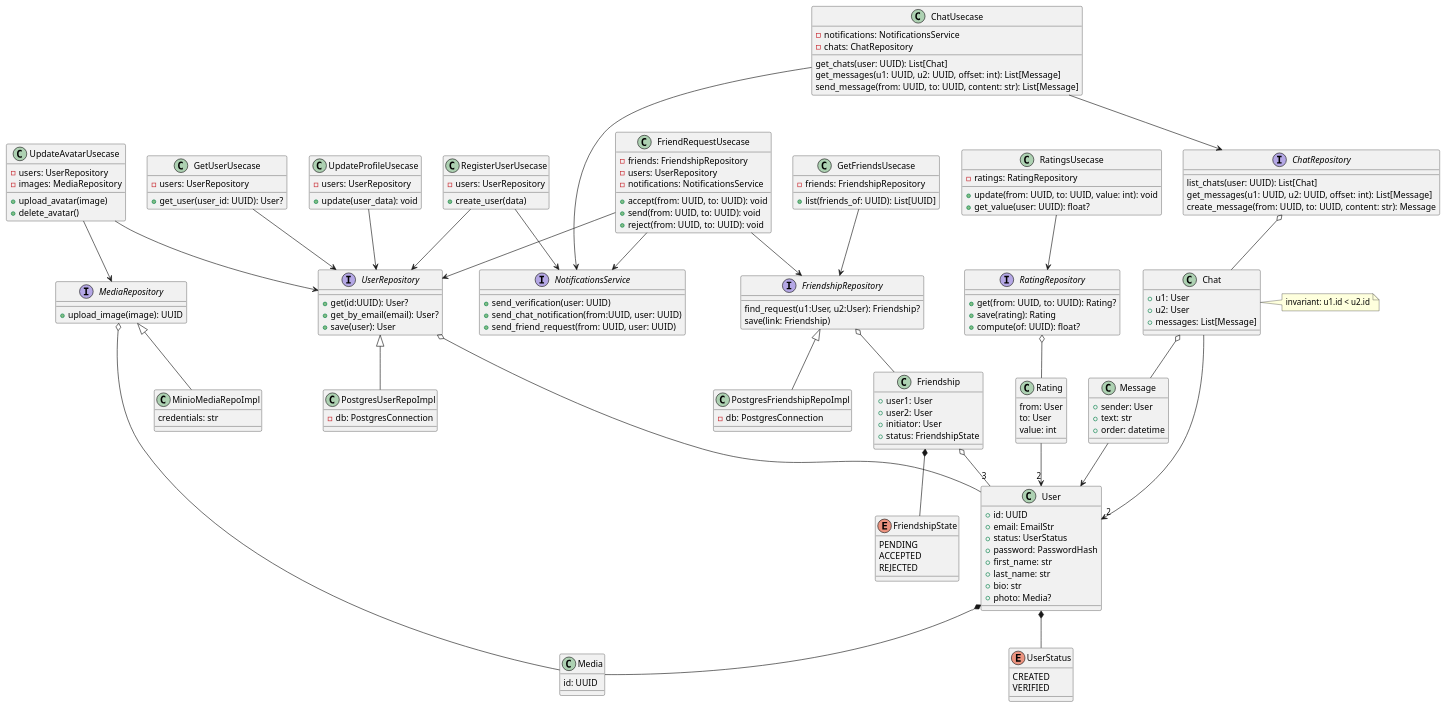
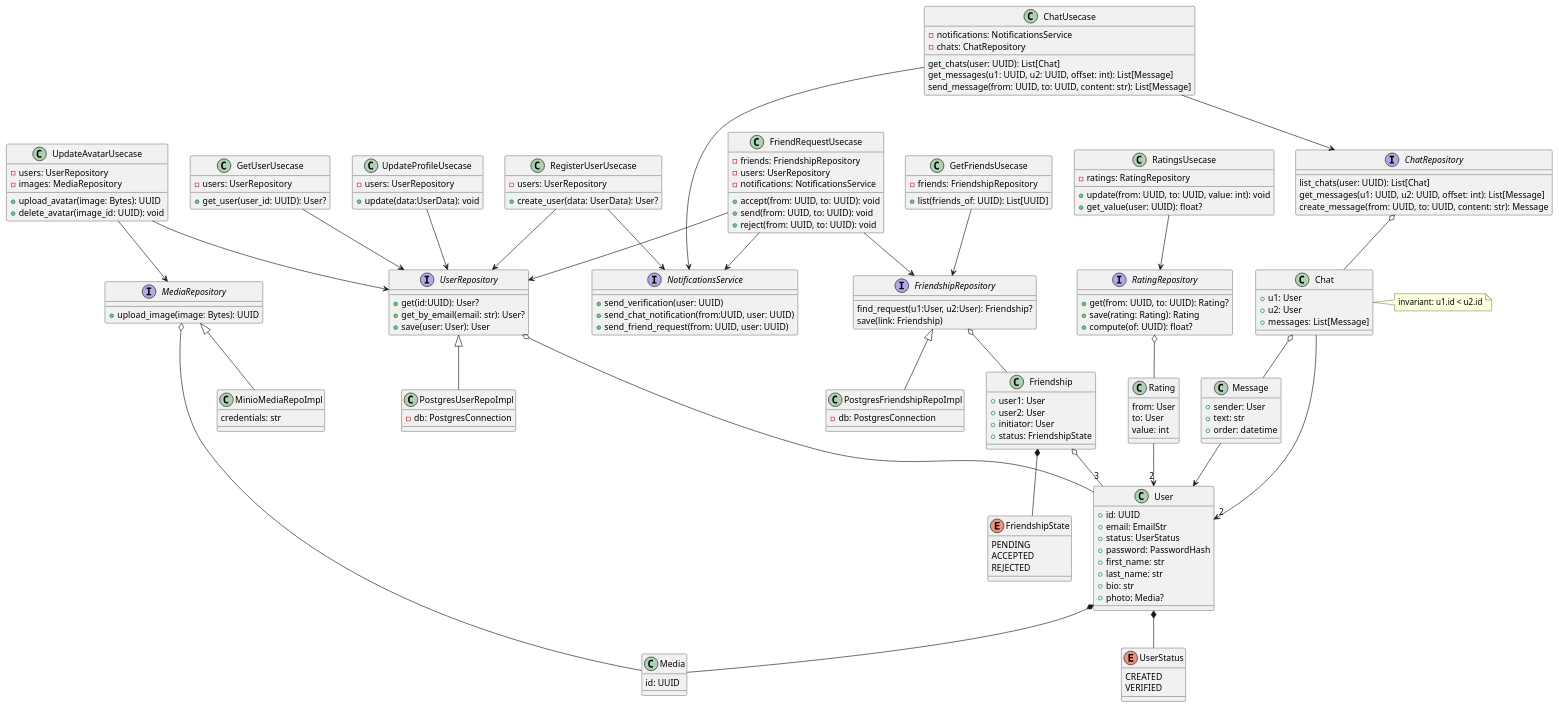
Before and after one commit to kluchi/diagrams: the diagram in classes.puml, drawn with PlantUML.

Commit message:
specify types

```diff
--- a/classes.puml
+++ b/classes.puml
@@ -2,7 +2,7 @@
 
 class RegisterUserUsecase {
     - users: UserRepository
-    + create_user(data)
+    + create_user(data: UserData): User?
 }
 RegisterUserUsecase --> UserRepository
 
@@ -15,7 +15,7 @@
 
 class UpdateProfileUsecase {
     - users: UserRepository
-    + update(user_data): void
+    + update(data:UserData): void
 }
 UpdateProfileUsecase --> UserRepository
 
@@ -23,8 +23,8 @@
 class UpdateAvatarUsecase {
     - users: UserRepository
     - images: MediaRepository
-    + upload_avatar(image)
-    + delete_avatar()
+    + upload_avatar(image: Bytes): UUID
+    + delete_avatar(image_id: UUID): void
 }
 UpdateAvatarUsecase --> UserRepository
 UpdateAvatarUsecase --> MediaRepository
@@ -56,8 +56,8 @@
 
 interface UserRepository {
     + get(id:UUID): User?
-    + get_by_email(email): User?
-    + save(user): User
+    + get_by_email(email: str): User?
+    + save(user: User): User
 }
 
 
@@ -70,7 +70,7 @@
 PostgresUserRepoImpl -u-|> UserRepository
 
 interface MediaRepository {
-    + upload_image(image): UUID
+    + upload_image(image: Bytes): UUID
 }
 
 MediaRepository o-- Media
@@ -154,7 +154,7 @@
 
 interface RatingRepository {
     + get(from: UUID, to: UUID): Rating?
-    + save(rating): Rating
+    + save(rating: Rating): Rating
     + compute(of: UUID): float?
 }
 
```
